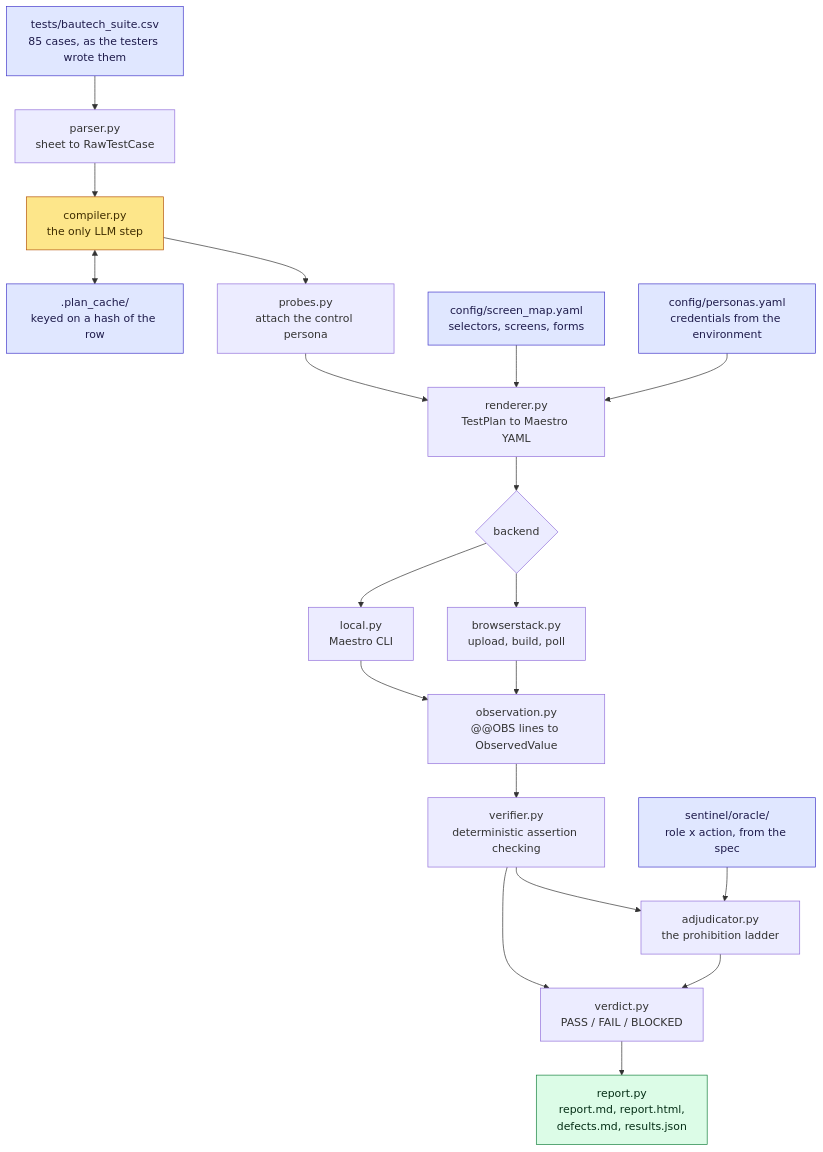
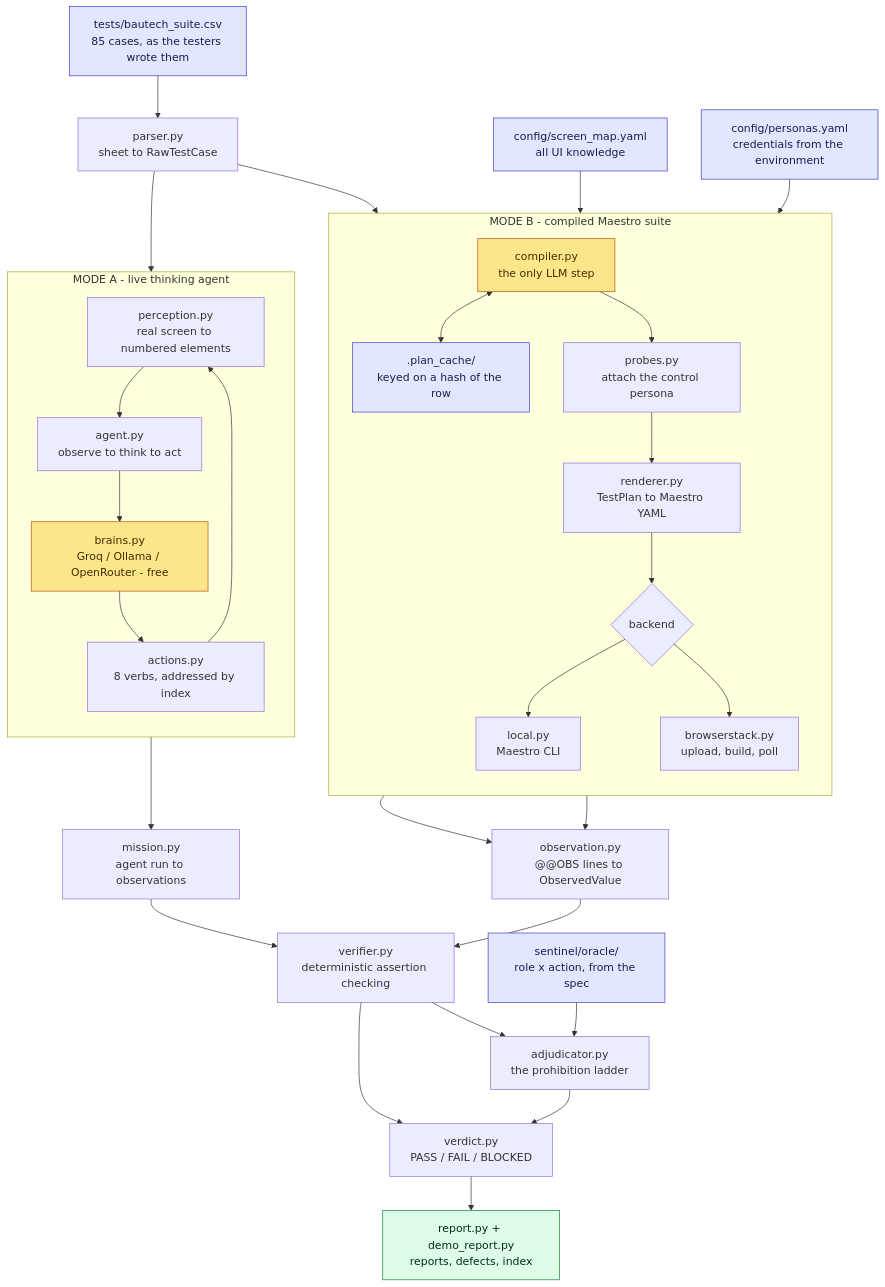
One commit to naveen-astra/Bautech-TestA changed the diagram in README.md. Above: the diagram before and after it, drawn with Mermaid. The commit also changed other lines of this file, not shown here.

First line of the commit message:
Rewrite the README for two execution modes and measured results

````diff
--- a/README.md
+++ b/README.md
@@ -53,41 +355,58 @@
 ```mermaid
 flowchart TD
     SHEET["tests/bautech_suite.csv<br/>85 cases, as the testers wrote them"]
     PARSE["parser.py<br/>sheet to RawTestCase"]
-    COMPILE["compiler.py<br/>the only LLM step"]
-    CACHE[".plan_cache/<br/>keyed on a hash of the row"]
-    PROBE["probes.py<br/>attach the control persona"]
-    RENDER["renderer.py<br/>TestPlan to Maestro YAML"]
-    MAP["config/screen_map.yaml<br/>selectors, screens, forms"]
+
+    subgraph A ["MODE A - live thinking agent"]
+        direction TB
+        PERC["perception.py<br/>real screen to numbered elements"]
+        LOOP["agent.py<br/>observe to think to act"]
+        BRAIN["brains.py<br/>Groq / Ollama / OpenRouter - free"]
+        ACT["actions.py<br/>8 verbs, addressed by index"]
+        PERC --> LOOP --> BRAIN --> ACT --> PERC
+    end
+
+    subgraph B ["MODE B - compiled Maestro suite"]
+        direction TB
+        COMPILE["compiler.py<br/>the only LLM step"]
+        CACHE[".plan_cache/<br/>keyed on a hash of the row"]
+        PROBE["probes.py<br/>attach the control persona"]
+        RENDER["renderer.py<br/>TestPlan to Maestro YAML"]
+        BACKEND{"backend"}
+        LOCAL["local.py<br/>Maestro CLI"]
+        BSTACK["browserstack.py<br/>upload, build, poll"]
+        COMPILE <--> CACHE
+        COMPILE --> PROBE --> RENDER --> BACKEND
+        BACKEND --> LOCAL
+        BACKEND --> BSTACK
+    end
+
+    MAP["config/screen_map.yaml<br/>all UI knowledge"]
     PERS["config/personas.yaml<br/>credentials from the environment"]
-    BACKEND{"backend"}
-    LOCAL["local.py<br/>Maestro CLI"]
-    BSTACK["browserstack.py<br/>upload, build, poll"]
+    MISSION["mission.py<br/>agent run to observations"]
     OBS["observation.py<br/>@@OBS lines to ObservedValue"]
     VERIFY["verifier.py<br/>deterministic assertion checking"]
     ADJ["adjudicator.py<br/>the prohibition ladder"]
     ORACLE["sentinel/oracle/<br/>role x action, from the spec"]
     VERDICT["verdict.py<br/>PASS / FAIL / BLOCKED"]
-    REPORT["report.py<br/>report.md, report.html,<br/>defects.md, results.json"]
+    REPORT["report.py + demo_report.py<br/>reports, defects, index"]
 
-    SHEET --> PARSE --> COMPILE
-    COMPILE <--> CACHE
-    COMPILE --> PROBE --> RENDER
+    SHEET --> PARSE
+    PARSE --> LOOP
+    PARSE --> COMPILE
     MAP --> RENDER
     PERS --> RENDER
-    RENDER --> BACKEND
-    BACKEND --> LOCAL
-    BACKEND --> BSTACK
+    LOOP --> MISSION --> VERIFY
     LOCAL --> OBS
     BSTACK --> OBS
     OBS --> VERIFY --> VERDICT --> REPORT
     VERIFY --> ADJ --> VERDICT
     ORACLE --> ADJ
 
     classDef llm fill:#fde68a,stroke:#b45309,color:#3f2d00
     classDef data fill:#e0e7ff,stroke:#4338ca,color:#1e1b4b
     classDef out fill:#dcfce7,stroke:#15803d,color:#052e16
-    class COMPILE llm
+    class COMPILE,BRAIN llm
     class SHEET,MAP,PERS,ORACLE,CACHE data
     class REPORT out
 ```
````
